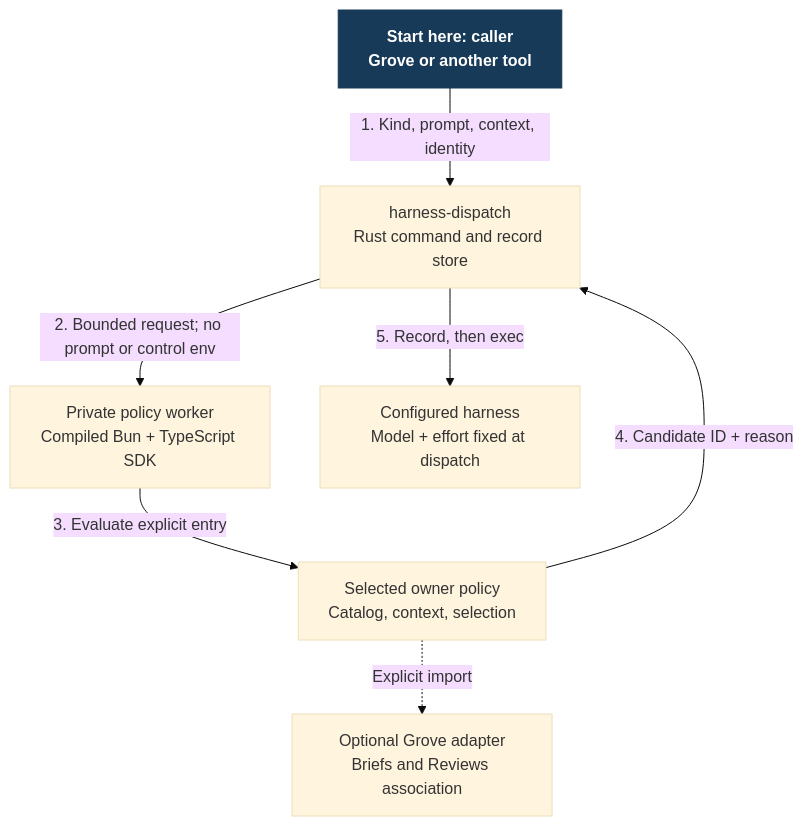
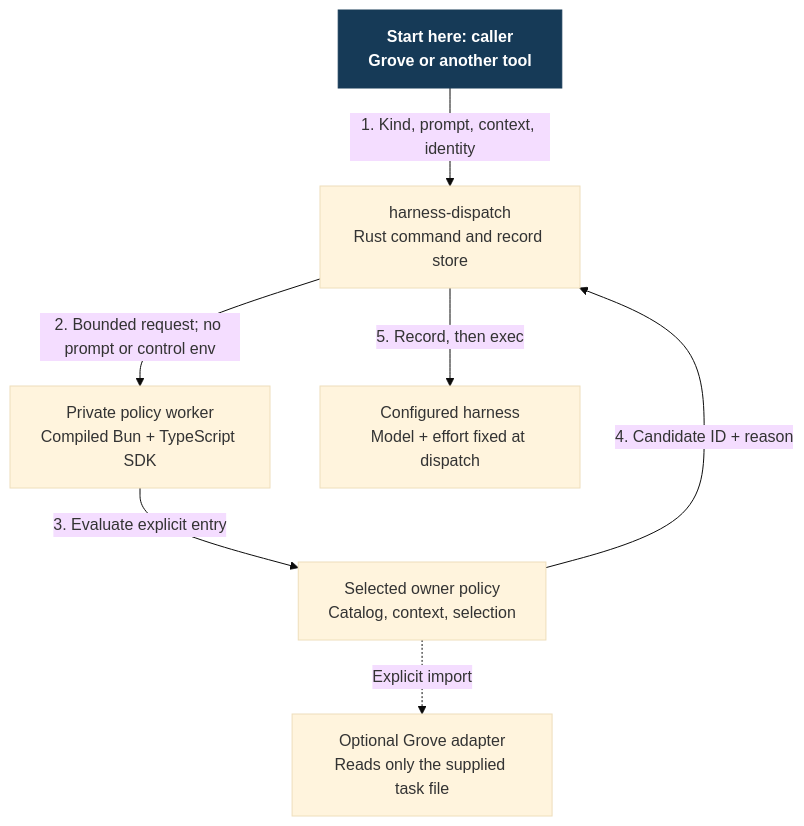
Before and after one commit to Linkuistics/grove: the diagram in docs/design/harness-selection-and-execution/packages.mmd, drawn with Mermaid (base theme). The commit also changed 17 other files, not shown here.

```diff
--- a/docs/design/harness-selection-and-execution/packages.mmd
+++ b/docs/design/harness-selection-and-execution/packages.mmd
@@ -1,14 +1,14 @@
 flowchart TB
   Caller["Start here: caller\nGrove or another tool"]:::start
   Native["harness-dispatch\nRust command and record store"]
   Worker["Private policy worker\nCompiled Bun + TypeScript SDK"]
   Policy["Selected owner policy\nCatalog, context, selection"]
-  Adapter["Optional Grove adapter\nBriefs and Reviews association"]
+  Adapter["Optional Grove adapter\nReads only the supplied task file"]
   Harness["Configured harness\nModel + effort fixed at dispatch"]
   Caller -->|"1. Kind, prompt, context, identity"| Native
   Native -->|"2. Bounded request; no prompt or control env"| Worker
   Worker -->|"3. Evaluate explicit entry"| Policy
   Policy -.->|"Explicit import"| Adapter
   Policy -->|"4. Candidate ID + reason"| Native
   Native -->|"5. Record, then exec"| Harness
   classDef start fill:#163a57,color:#fff,stroke:#163a57,font-weight:bold
```
